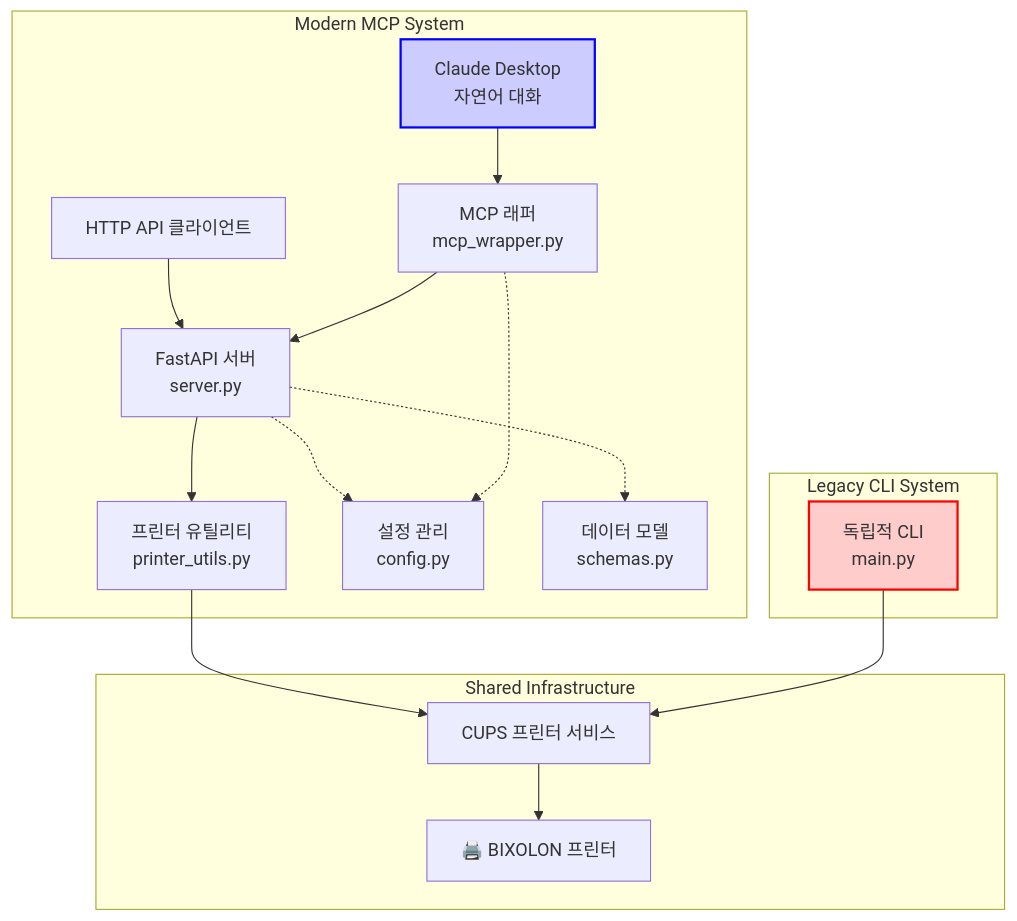
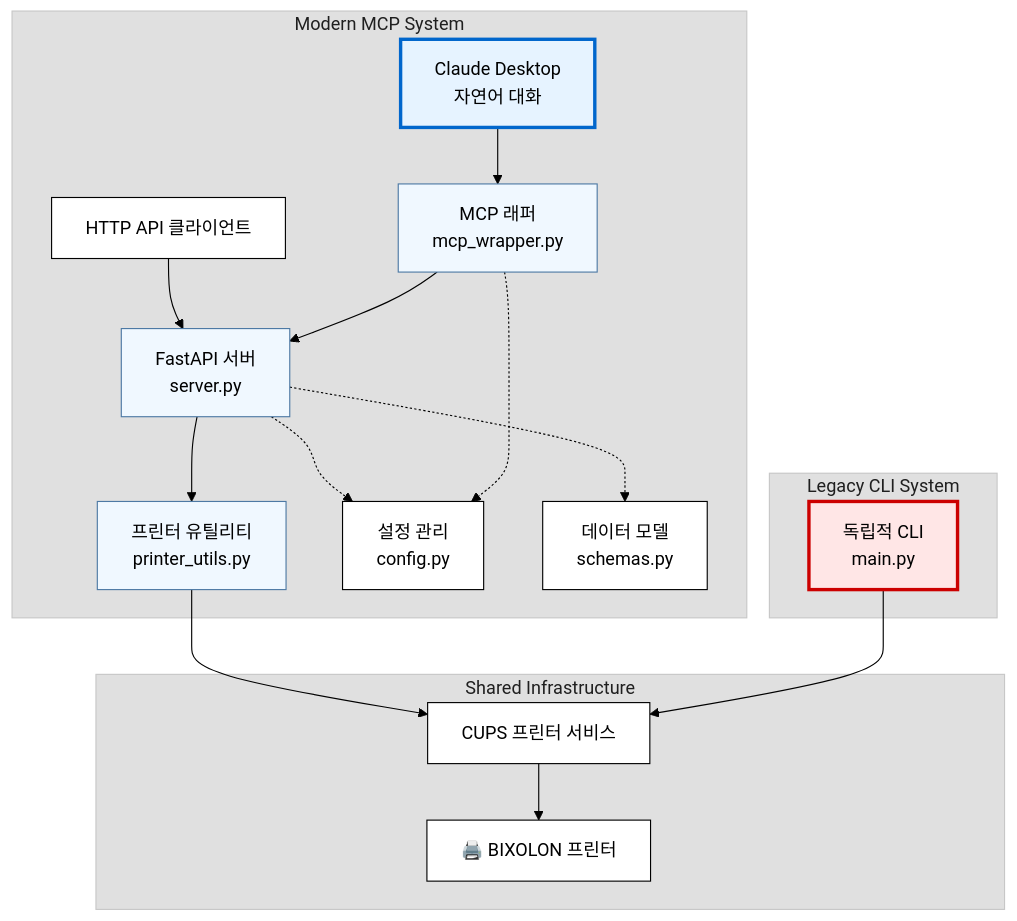
One commit to nicewook/receipt-printer changed the first of 5 diagrams in docs/architecture-overview.md. Above: the diagram before and after it, drawn with Mermaid. The commit also changed other lines of this file, not shown here.

First line of the commit message:
Improve Mermaid diagram readability and visual design

````diff
--- a/docs/architecture-overview.md
+++ b/docs/architecture-overview.md
@@ -11,38 +11,52 @@
 ```mermaid
+%%{init: {
+  'theme': 'base',
+  'themeVariables': {
+    'primaryColor': '#ffffff',
+    'primaryTextColor': '#000000',
+    'primaryBorderColor': '#000000',
+    'lineColor': '#000000',
+    'secondaryColor': '#f0f0f0',
+    'tertiaryColor': '#e0e0e0'
+  }
+}}%%
 graph TB
     subgraph "Modern MCP System"
         CLAUDE[Claude Desktop<br/>자연어 대화]
         HTTP[HTTP API 클라이언트]
         MCP[MCP 래퍼<br/>mcp_wrapper.py]
         FASTAPI[FastAPI 서버<br/>server.py]
         UTILS[프린터 유틸리티<br/>printer_utils.py]
         CONFIG[설정 관리<br/>config.py]
         SCHEMAS[데이터 모델<br/>schemas.py]
     end
     
     subgraph "Legacy CLI System"
         CLI[독립적 CLI<br/>main.py]
     end
     
     subgraph "Shared Infrastructure"
         CUPS[CUPS 프린터 서비스]
         PRINTER[🖨️ BIXOLON 프린터]
     end
     
     CLAUDE --> MCP
     HTTP --> FASTAPI
     MCP --> FASTAPI
     FASTAPI --> UTILS
     UTILS --> CUPS
     
     CLI --> CUPS
     
     CUPS --> PRINTER
     
     FASTAPI -.-> CONFIG
     FASTAPI -.-> SCHEMAS
     MCP -.-> CONFIG
     
-    style CLI fill:#ffcccc,stroke:#ff0000,stroke-width:2px
-    style CLAUDE fill:#ccccff,stroke:#0000ff,stroke-width:2px
+    style CLI fill:#ffe6e6,stroke:#cc0000,stroke-width:3px,color:#000000
+    style CLAUDE fill:#e6f3ff,stroke:#0066cc,stroke-width:3px,color:#000000
+    style MCP fill:#f0f8ff,stroke:#4d79a4,color:#000000
+    style FASTAPI fill:#f0f8ff,stroke:#4d79a4,color:#000000
+    style UTILS fill:#f0f8ff,stroke:#4d79a4,color:#000000
 ```
````
